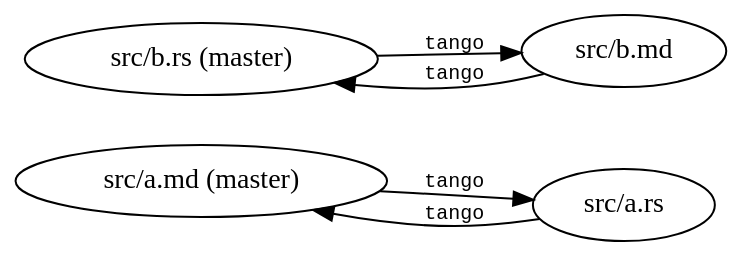
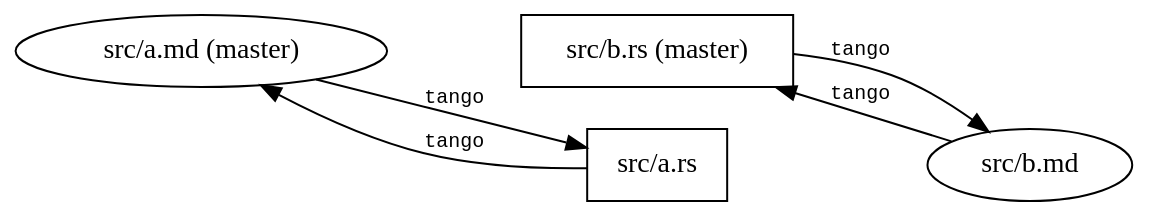
Before and after one commit to pnkfelix/tango-demo: the second of 5 diagrams in src/slides.md, drawn with Graphviz. The commit also changed other lines of this file and 3 other files, not shown here.

````diff
--- a/src/slides.md
+++ b/src/slides.md
@@ -114,17 +127,22 @@
 ```dot
 digraph tango_lp {
     rankdir="LR";
     bgcolor="transparent";
     node [style="filled",fillcolor="#FFFFFF"];
 
-    a_md [label="src/a.md (master)"]
-    a_rs [label="src/a.rs"]
+    subgraph master {
+        rankdir="TB";
+        a_md [label="src/a.md (master)"]
+        b_rs [label="src/b.rs (master)",shape="rect"]
+    }
 
-    b_rs [label="src/b.rs (master)"]
+    a_rs [label="src/a.rs",shape="rect"]
     b_md [label="src/b.md"]
 
+    a_md -> b_rs [style="invis",weight=100];
+    a_rs -> b_md [style="invis",weight=100];
     edge [fontname="Monospace",fontsize="10"];
-    a_md -> a_rs -> a_md [label="tango"]
-    b_rs -> b_md -> b_rs [label="tango"]
+    a_md -> a_rs -> a_md [label="tango"];
+    b_rs -> b_md -> b_rs [label="tango"];
 }
 ```
````
